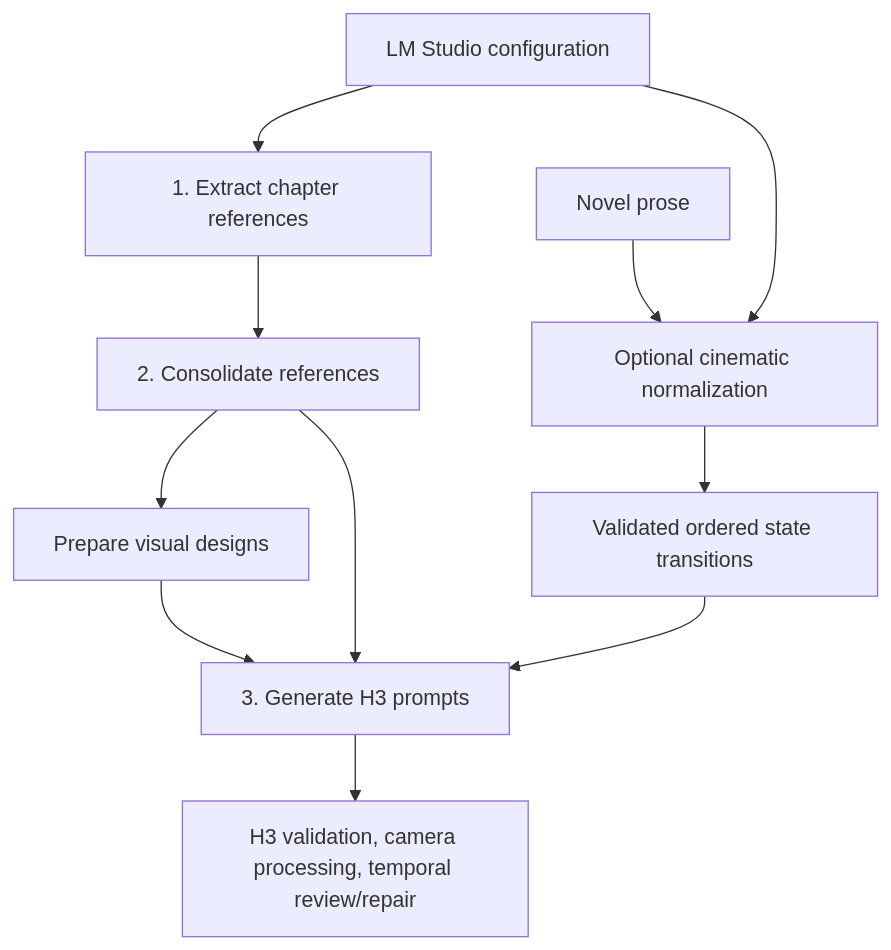
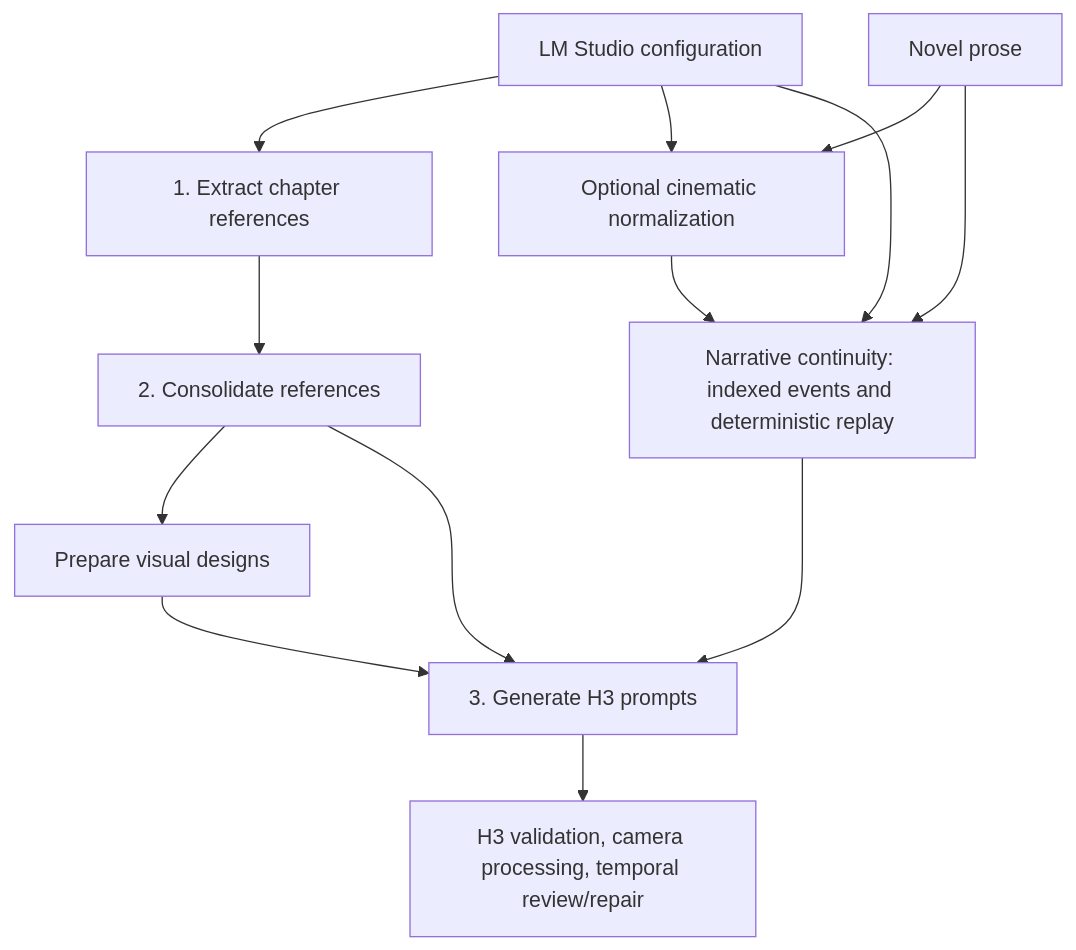
One commit to yuyuki/ComfyUI-Minimax_H3_Novel_Pipeline changed the first of 2 diagrams in docs/architecture.md. Above: the diagram before and after it, drawn with Mermaid. The commit also changed other lines of this file and 13 other files, not shown here.

First line of the commit message:
Enhance narrative continuity and cinematic simplification features

````diff
--- a/docs/architecture.md
+++ b/docs/architecture.md
@@ -9,13 +9,15 @@
 ```mermaid
 flowchart TD
     config["LM Studio configuration"] --> extract["1. Extract chapter references"]
     extract --> consolidate["2. Consolidate references"]
     consolidate --> designs["Prepare visual designs"]
     designs --> generate["3. Generate H3 prompts"]
     consolidate --> generate
     novel["Novel prose"] --> normalize["Optional cinematic normalization"]
     config --> normalize
-    normalize --> state["Validated ordered state transitions"]
+    normalize --> state["Narrative continuity: indexed events and deterministic replay"]
+    novel --> state
+    config --> state
     state --> generate
     generate --> review["H3 validation, camera processing, temporal review/repair"]
 ```
````
